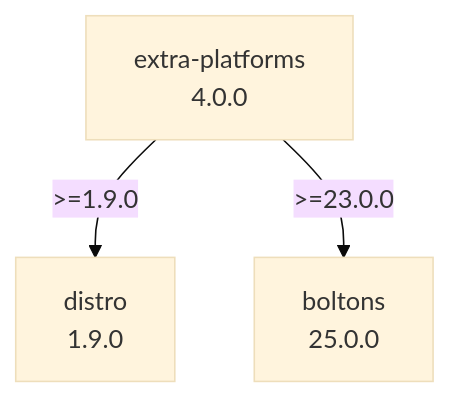
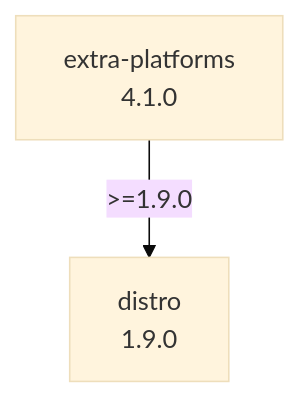
Before and after one commit to kdeldycke/extra-platforms: the diagram in docs/assets/dependencies.mmd, drawn with Mermaid (base theme).

Commit message:
[autofix] Regenerate dependency graph

```diff
--- a/docs/assets/dependencies.mmd
+++ b/docs/assets/dependencies.mmd
@@ -1,7 +1,5 @@
 flowchart TD
     classDef missing stroke-dasharray: 5
-    boltons["boltons\n25.0.0"]
     distro["distro\n1.9.0"]
-    extra-platforms["extra-platforms\n4.0.0"]
+    extra-platforms["extra-platforms\n4.1.0"]
     extra-platforms -- ">=1.9.0" --> distro
-    extra-platforms -- ">=23.0.0" --> boltons
```
